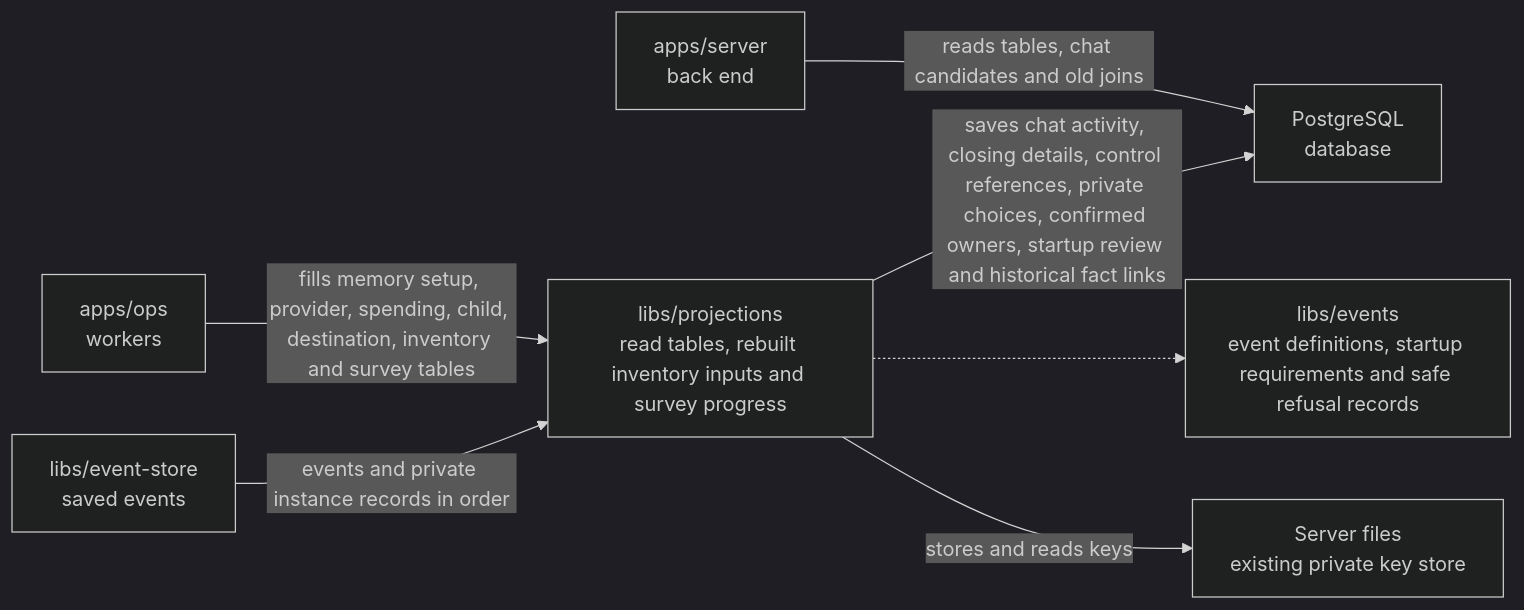
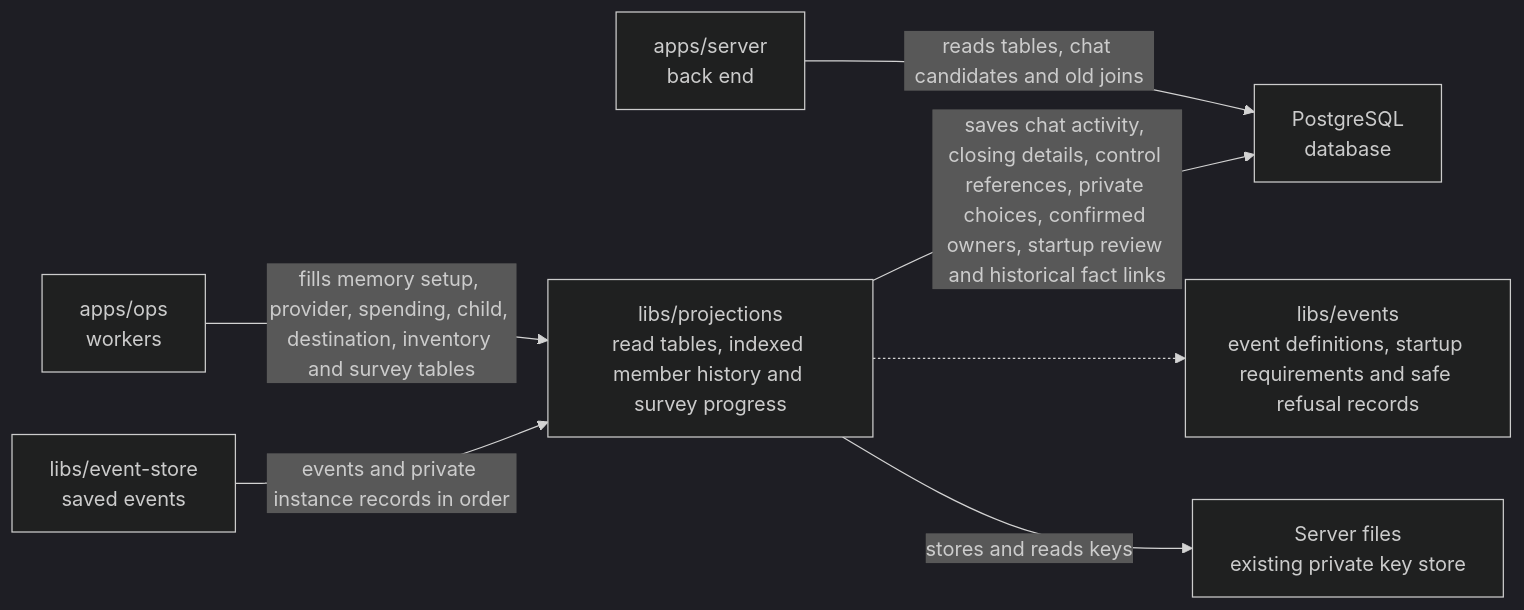
One commit to elewa-git/opencrane-new changed the diagram in libs/projections/README.md. Above: the diagram before and after it, drawn with Mermaid (dark theme). The commit also changed other lines of this file and 15 other files, not shown here.

Commit message:
🔧 Index member history and keep final removal checks bounded

````diff
--- a/libs/projections/README.md
+++ b/libs/projections/README.md
@@ -23,9 +23,9 @@
 ```mermaid
 flowchart LR
-  ops["apps/ops<br/>workers"] -->|fills memory setup, provider, spending, child, destination, inventory and survey tables| projections["libs/projections<br/>read tables, rebuilt inventory inputs and survey progress"]
+  ops["apps/ops<br/>workers"] -->|fills memory setup, provider, spending, child, destination, inventory and survey tables| projections["libs/projections<br/>read tables, indexed member history and survey progress"]
   server["apps/server<br/>back end"] -->|reads tables, chat candidates and old joins| pg["PostgreSQL<br/>database"]
   projections -->|saves chat activity, closing details, control references, private choices, confirmed owners, startup review and historical fact links| pg
   store["libs/event-store<br/>saved events"] -->|events and private instance records in order| projections
   projections -.-> events["libs/events<br/>event definitions, startup requirements and safe refusal records"]
   projections -->|stores and reads keys| keys["Server files<br/>existing private key store"]
 ```
````
